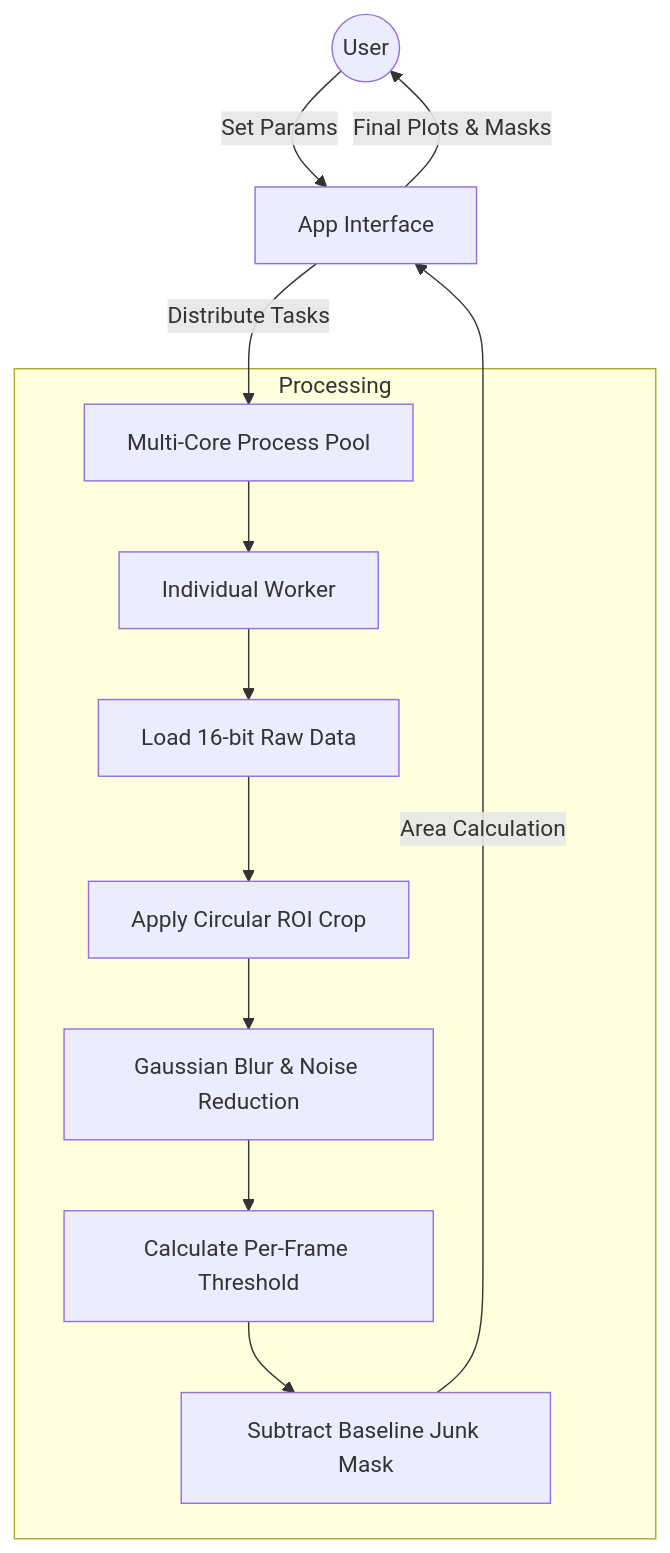
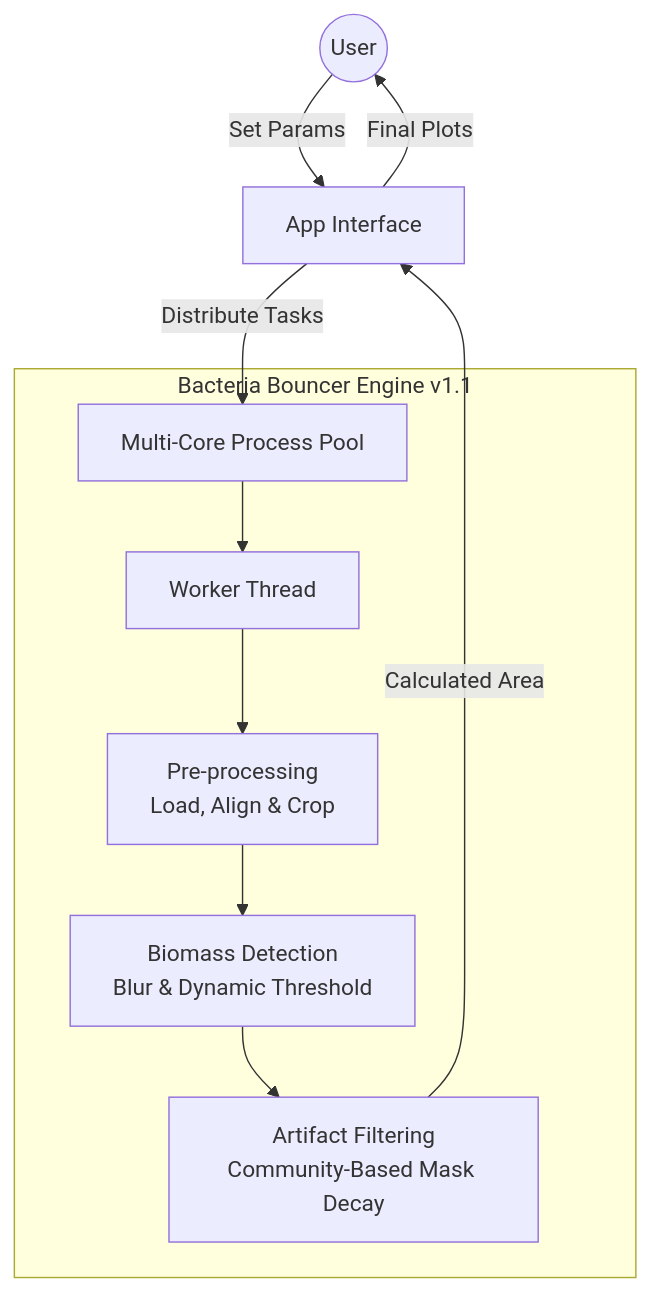
Before and after one commit to wenkwonk/bacteriabouncer: the diagram in README.md, drawn with Mermaid. The commit also changed other lines of this file, not shown here.

````diff
--- a/README.md
+++ b/README.md
@@ -12,17 +13,15 @@
 ```mermaid
 flowchart TD
     User((User)) -->|Set Params| GUI[App Interface]
     GUI -->|Distribute Tasks| Pool[Multi-Core Process Pool]
     
-    subgraph Analysis_Engine [Processing]
-        Pool --> Worker[Individual Worker]
-        Worker --> Step1[Load 16-bit Raw Data]
-        Step1 --> Step2[Apply Circular ROI Crop]
-        Step2 --> Step3[Gaussian Blur & Noise Reduction]
-        Step3 --> Step4[Calculate Per-Frame Threshold]
-        Step4 --> Step5[Subtract Baseline Junk Mask]
+    subgraph Analysis_Engine [Bacteria Bouncer Engine v1.1]
+        Pool --> Worker[Worker Thread]
+        Worker --> Step1["Pre-processing<br/>Load, Align & Crop"]
+        Step1 --> Step2["Biomass Detection<br/>Blur & Dynamic Threshold"]
+        Step2 --> Step3["Artifact Filtering<br/>Community-Based Mask Decay"]
     end
     
-    Step5 -->|Area Calculation| GUI
-    GUI -->|Final Plots & Masks| User
+    Step3 -->|Calculated Area| GUI
+    GUI -->|Final Plots| User
 ```
````
